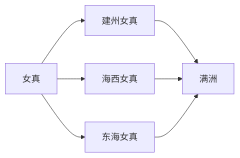
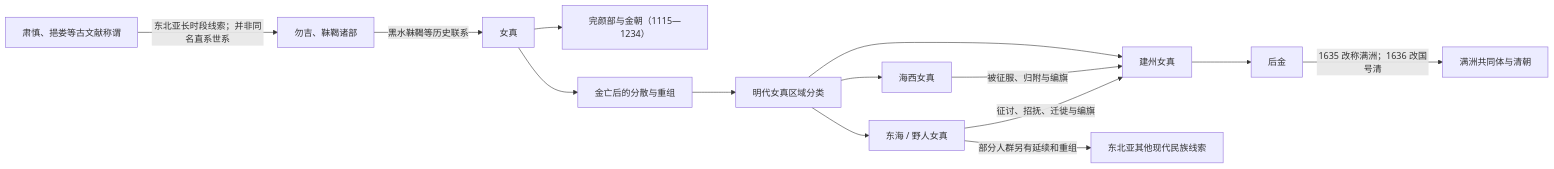
One commit to tianlan-dev/learning-notes changed the diagram in 人文科学/历史/东亚/中国/_民族/通古斯语族与肃慎/女真诸部/README.md. Above: the diagram before and after it, drawn with Mermaid. The commit also changed other lines of this file and 180 other files, not shown here.

````diff
--- a/人文科学/历史/东亚/中国/_民族/通古斯语族与肃慎/女真诸部/README.md
+++ b/人文科学/历史/东亚/中国/_民族/通古斯语族与肃慎/女真诸部/README.md
@@ -12,9 +15,16 @@
 ```mermaid
 flowchart LR
-  Jurchen["女真"] --> Jianzhou["建州女真"]
-  Jurchen --> Haixi["海西女真"]
-  Jurchen --> Donghai["东海女真"]
-  Jianzhou --> Manzhou["满洲"]
-  Haixi --> Manzhou
-  Donghai --> Manzhou
+  Sushen["肃慎、挹娄等古文献称谓"] -->|"东北亚长时段线索；并非同名直系世系"| Mohe["勿吉、靺鞨诸部"]
+  Mohe -->|"黑水靺鞨等历史联系"| Jurchen["女真"]
+  Jurchen --> Jin["完颜部与金朝（1115—1234）"]
+  Jurchen --> PostJin["金亡后的分散与重组"]
+  PostJin --> MingGroups["明代女真区域分类"]
+  MingGroups --> Jianzhou["建州女真"]
+  MingGroups --> Haixi["海西女真"]
+  MingGroups --> Donghai["东海 / 野人女真"]
+  Haixi -->|"被征服、归附与编旗"| Jianzhou
+  Donghai -->|"征讨、招抚、迁徙与编旗"| Jianzhou
+  Jianzhou --> LaterJin["后金"]
+  LaterJin -->|"1635 改称满洲；1636 改国号清"| Manzhou["满洲共同体与清朝"]
+  Donghai -->|"部分人群另有延续和重组"| Northeast["东北亚其他现代民族线索"]
 ```
````
